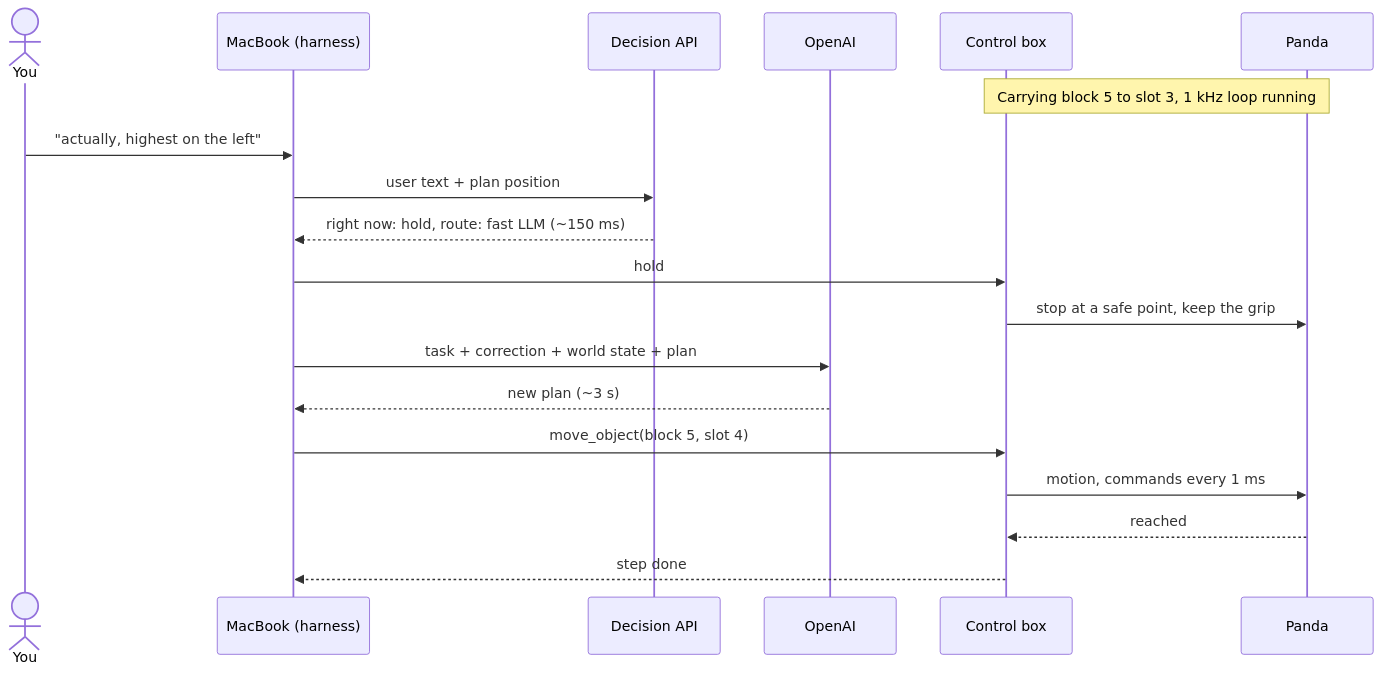
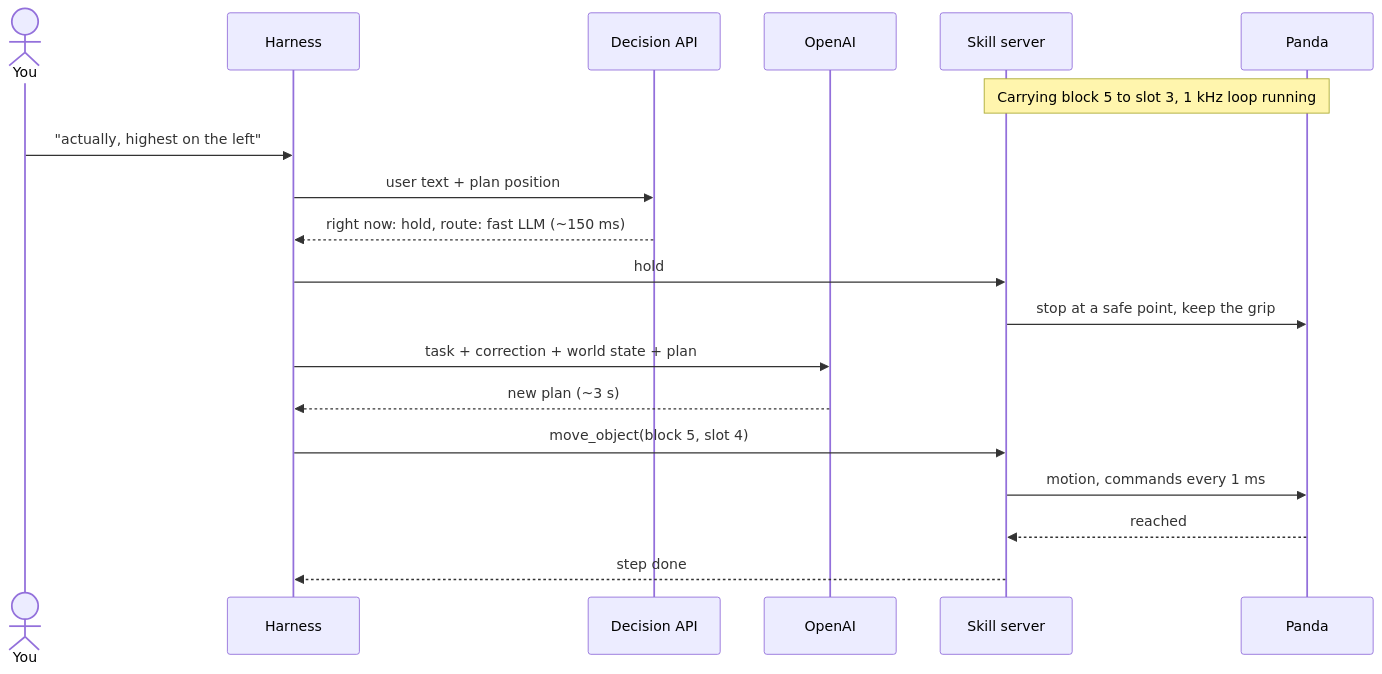
The third of 3 diagrams in docs/panda-setup.md (alee792/robojev), drawn with Mermaid before and after one commit. The commit also changed other lines of this file, not shown here.

First line of the commit message:
Run the harness on the control box; MacBook for development

````diff
--- a/docs/panda-setup.md
+++ b/docs/panda-setup.md
@@ -93,22 +94,22 @@
 ```mermaid
 sequenceDiagram
     actor U as You
-    participant M as MacBook (harness)
+    participant M as Harness
     participant J as Decision API
     participant O as OpenAI
-    participant S as Control box
+    participant S as Skill server
     participant R as Panda
 
     Note over S,R: Carrying block 5 to slot 3, 1 kHz loop running
     U->>M: "actually, highest on the left"
     M->>J: user text + plan position
     J-->>M: right now: hold, route: fast LLM (~150 ms)
     M->>S: hold
     S->>R: stop at a safe point, keep the grip
     M->>O: task + correction + world state + plan
     O-->>M: new plan (~3 s)
     M->>S: move_object(block 5, slot 4)
     S->>R: motion, commands every 1 ms
     R-->>S: reached
     S-->>M: step done
 ```
````
